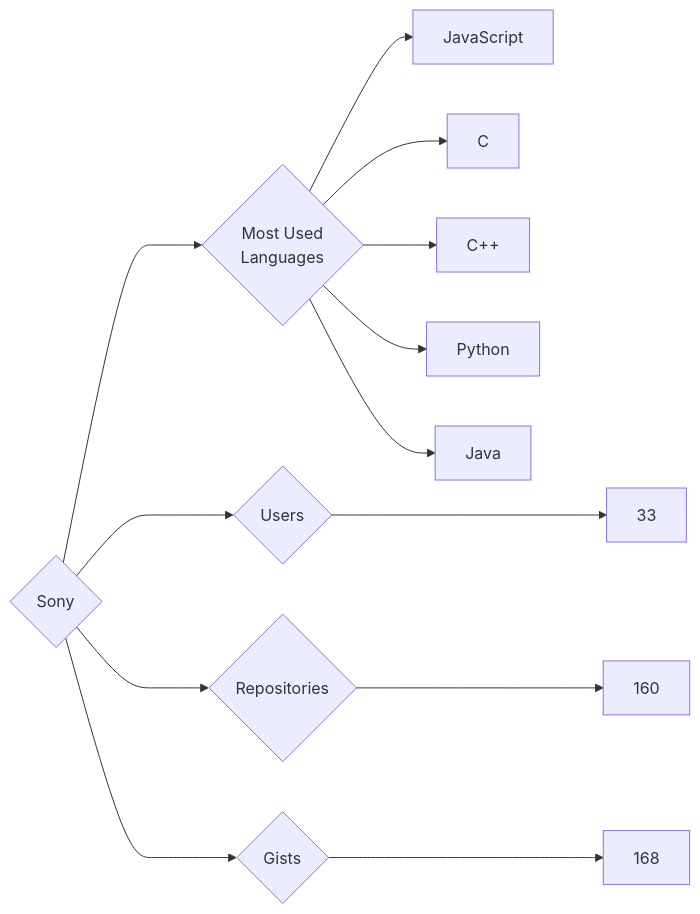
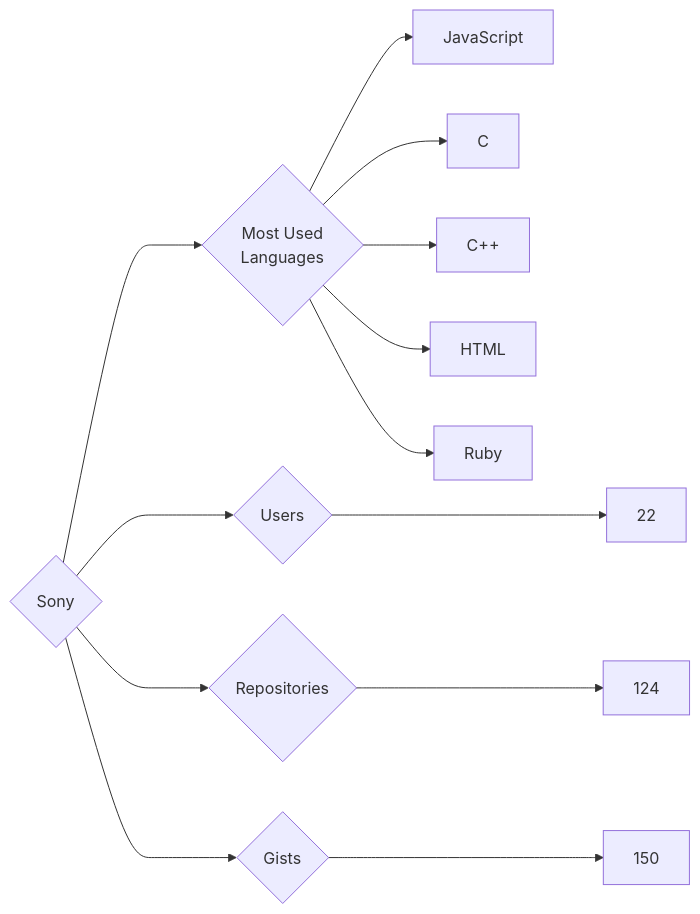
The diagram in targets/Sony/README.md (trickest/insiders), drawn with Mermaid before and after one commit. The commit also changed 939 other files, not shown here.

````diff
--- a/targets/Sony/README.md
+++ b/targets/Sony/README.md
@@ -3,13 +3,13 @@
 ```mermaid
 graph LR
 COMPANY_NAME{Sony}
-COMPANY_NAME ---> U{Users} ---> UN[33]
-COMPANY_NAME ---> R{Repositories} ---> RN[160]
-COMPANY_NAME ---> G{Gists} ---> GN[168]
+COMPANY_NAME ---> U{Users} ---> UN[22]
+COMPANY_NAME ---> R{Repositories} ---> RN[124]
+COMPANY_NAME ---> G{Gists} ---> GN[150]
 COMPANY_NAME ---> ML{Most Used<br>Languages}
 ML --> JavaScript[JavaScript]
 ML --> C[C]
 ML --> C++[C++]
-ML --> Python[Python]
-ML --> Java[Java]
+ML --> HTML[HTML]
+ML --> Ruby[Ruby]
 ```
````
